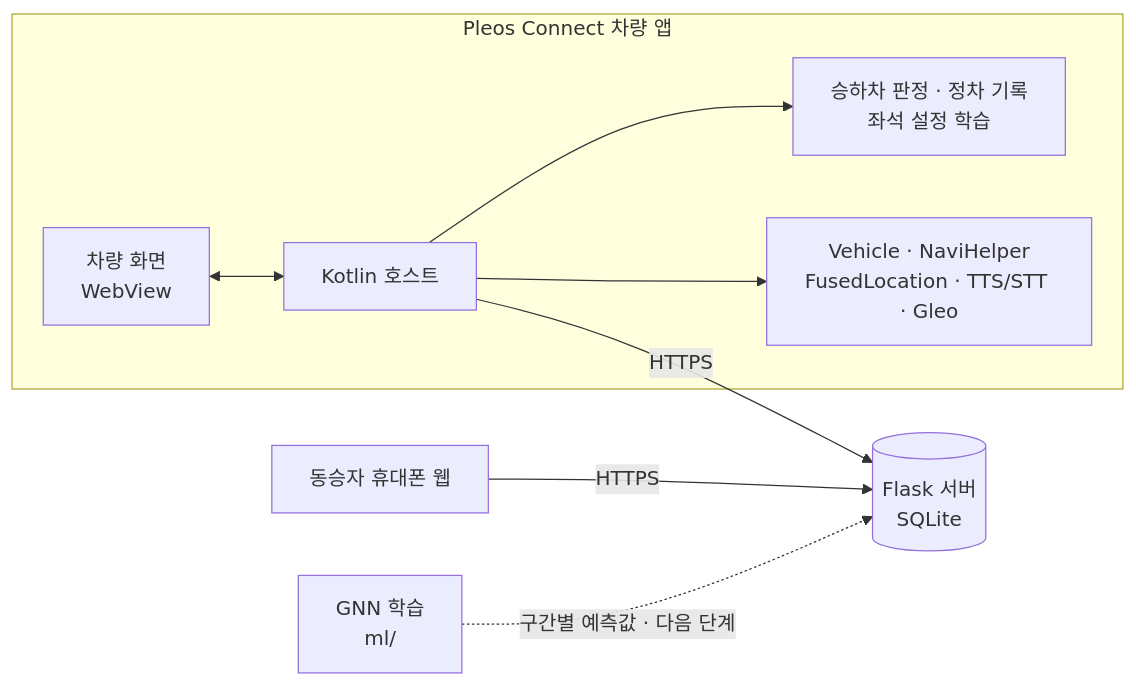
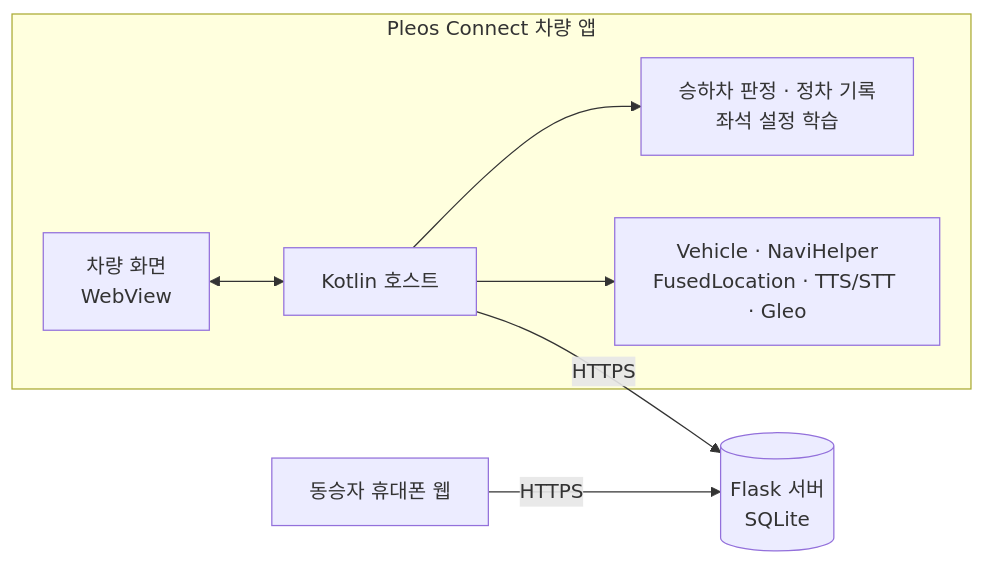
One commit to oumuamuatony/Pooly changed the diagram in README.md. Above: the diagram before and after it, drawn with Mermaid. The commit also changed other lines of this file and 7 other files, not shown here.

````diff
--- a/README.md
+++ b/README.md
@@ -80,11 +80,10 @@
 ```mermaid
 flowchart LR
   subgraph Car[Pleos Connect 차량 앱]
     UI[차량 화면<br/>WebView] <--> Host[Kotlin 호스트]
     Host --> Auto[승하차 판정 · 정차 기록<br/>좌석 설정 학습]
     Host --> SDK[Vehicle · NaviHelper<br/>FusedLocation · TTS/STT · Gleo]
   end
   Phone[동승자 휴대폰 웹] -- HTTPS --> Server
   Host -- HTTPS --> Server[(Flask 서버<br/>SQLite)]
-  ML[GNN 학습<br/>ml/] -. 구간별 예측값 · 다음 단계 .-> Server
 ```
````
